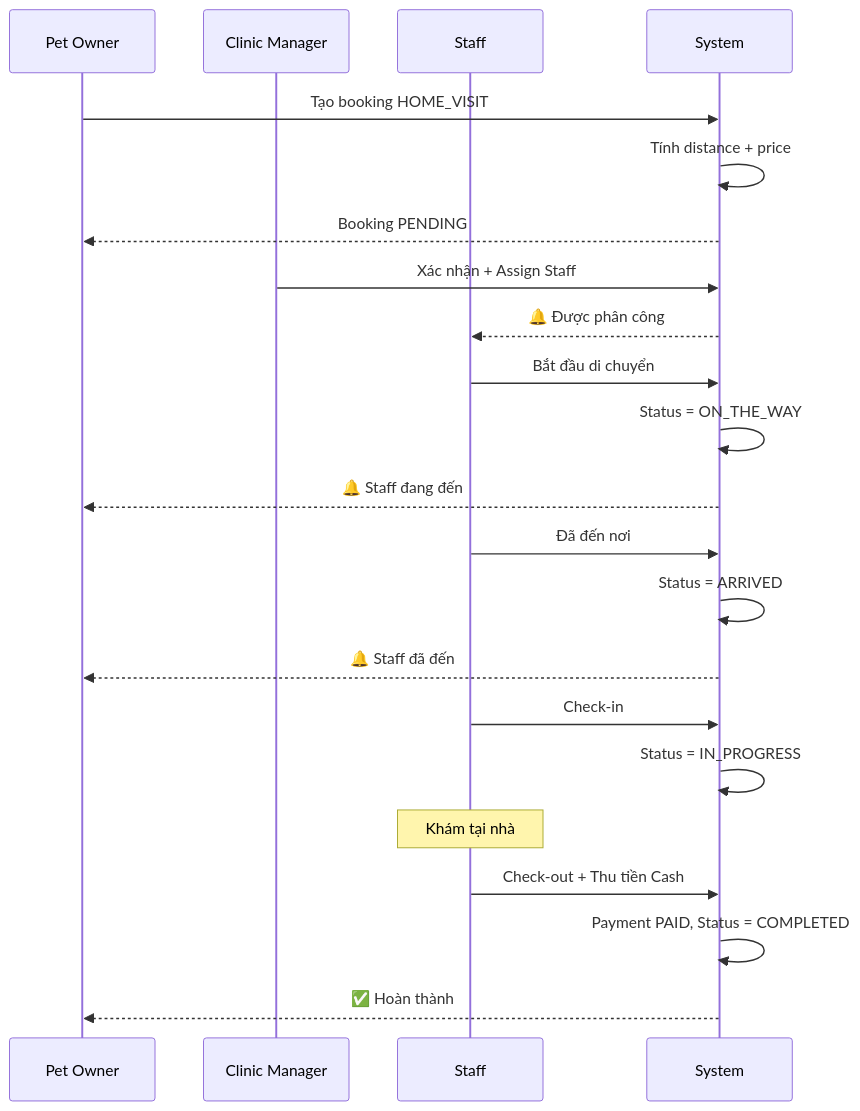
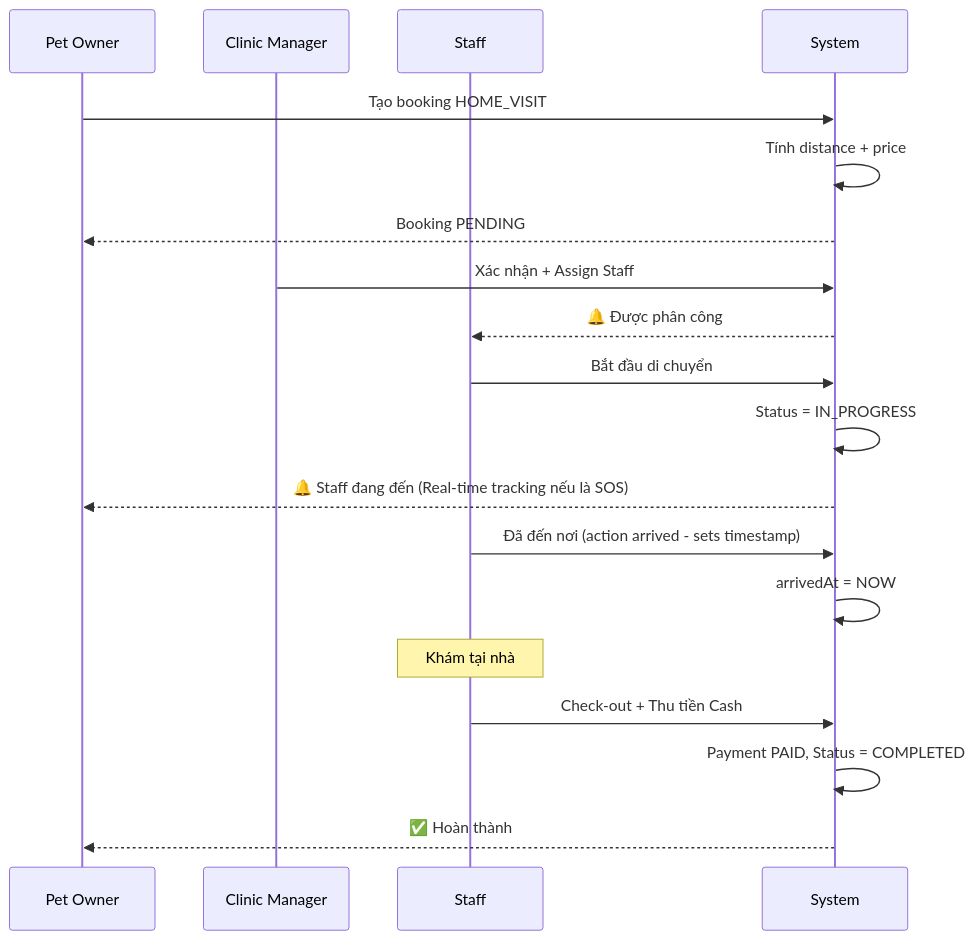
One commit to espresso23/Petties-Veterinary-Appointment-Booking-Platform changed the third of 5 diagrams in docs-references/documentation/BOOKING_WORKFLOW.md. Above: the diagram before and after it, drawn with Mermaid. The commit also changed other lines of this file and 227 other files, not shown here.

First line of the commit message:
feat: Implement full SOS home visit booking experience for pet owners, from emergency request to live doctor arrival tracking.

````diff
--- a/docs-references/documentation/BOOKING_WORKFLOW.md
+++ b/docs-references/documentation/BOOKING_WORKFLOW.md
@@ -124,31 +119,27 @@
 ```mermaid
 sequenceDiagram
     participant PO as Pet Owner
     participant CM as Clinic Manager
     participant V as Staff
     participant S as System
 
     PO->>S: Tạo booking HOME_VISIT
     S->>S: Tính distance + price
     S-->>PO: Booking PENDING
 
     CM->>S: Xác nhận + Assign Staff
     S-->>V: 🔔 Được phân công
 
     V->>S: Bắt đầu di chuyển
-    S->>S: Status = ON_THE_WAY
-    S-->>PO: 🔔 Staff đang đến
+    S->>S: Status = IN_PROGRESS
+    S-->>PO: 🔔 Staff đang đến (Real-time tracking nếu là SOS)
 
-    V->>S: Đã đến nơi
-    S->>S: Status = ARRIVED
-    S-->>PO: 🔔 Staff đã đến
-
-    V->>S: Check-in
-    S->>S: Status = IN_PROGRESS
+    V->>S: Đã đến nơi (action arrived - sets timestamp)
+    S->>S: arrivedAt = NOW
 
     Note over V: Khám tại nhà
 
     V->>S: Check-out + Thu tiền Cash
     S->>S: Payment PAID, Status = COMPLETED
     S-->>PO: ✅ Hoàn thành
 ```
````
